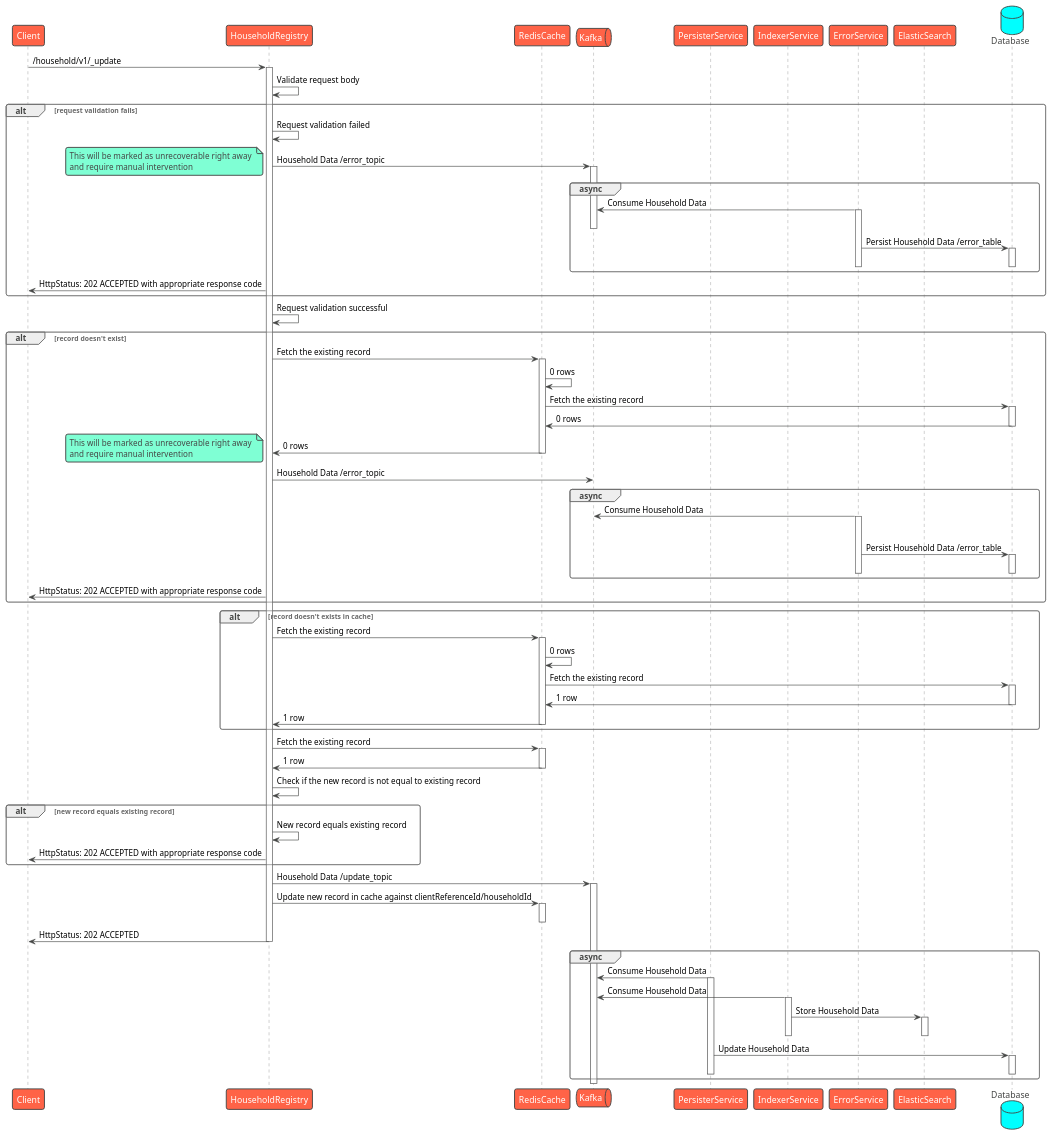
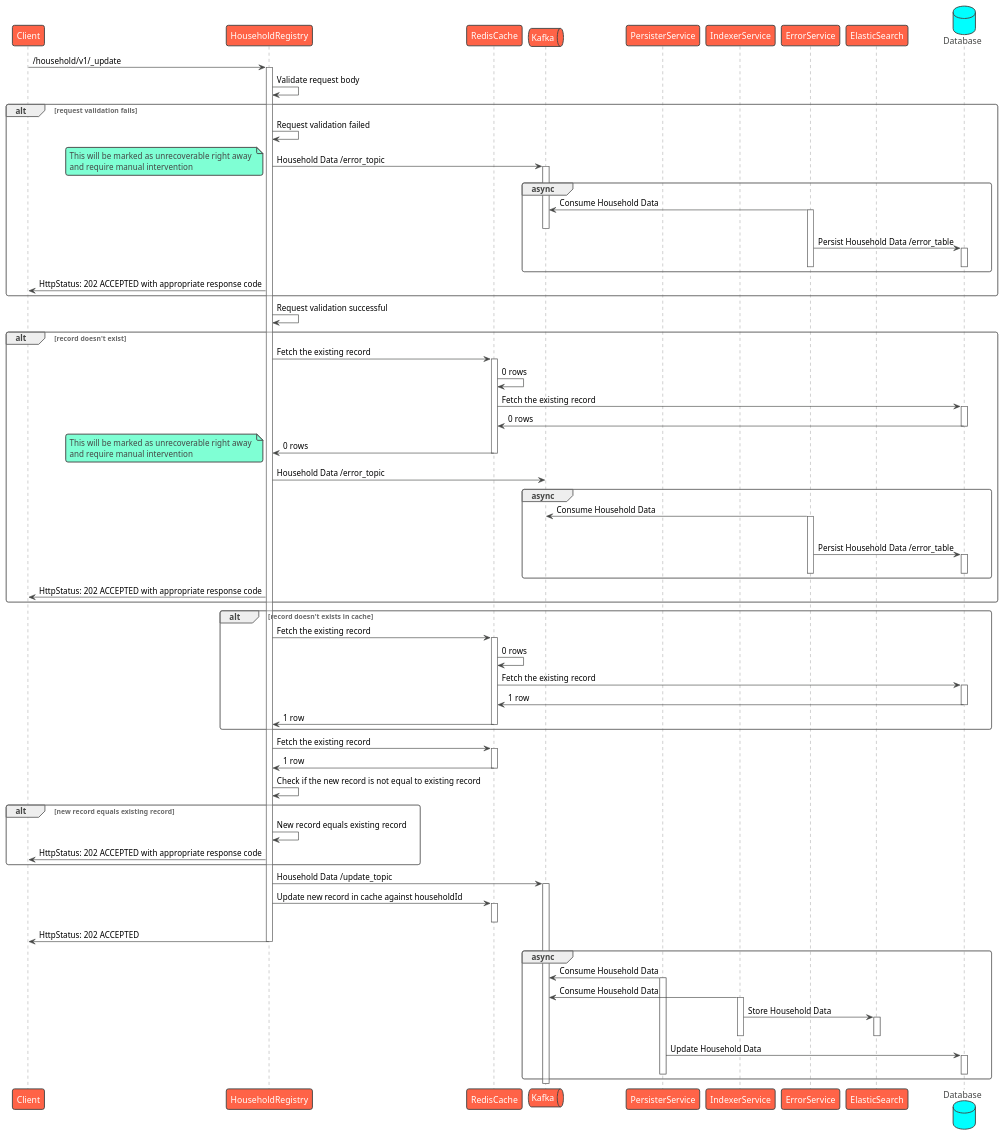
One commit to egovernments/health-api-specs changed the diagram in contracts/registries/household/sequence/update.puml. Above: the diagram before and after it, drawn with PlantUML. The commit also changed 5 other files, not shown here.

First line of the commit message:
Sequence: Removed clientReferenceId

```diff
--- a/contracts/registries/household/sequence/update.puml
+++ b/contracts/registries/household/sequence/update.puml
@@ -1,103 +1,103 @@
 @startuml Household Registry - Update
 !theme vibrant
 participant Client as c
 participant HouseholdRegistry as hr
 participant RedisCache as rc
 queue Kafka as k
 participant PersisterService as prs
 participant IndexerService as idx
 participant ErrorService as es
 participant ElasticSearch as el
 database Database as db
 c -> hr : /household/v1/_update
 activate hr
 hr -> hr: Validate request body
 alt request validation fails
     hr -> hr: Request validation failed
     hr -> k: Household Data /error_topic
     note left
         This will be marked as unrecoverable right away 
         and require manual intervention
     end note
     activate k
     group async
         es -> k: Consume Household Data
         activate es
         deactivate k
         es -> db: Persist Household Data /error_table
         activate db
         deactivate db
         deactivate es
     end
     hr -> c: HttpStatus: 202 ACCEPTED with appropriate response code
 end
 hr -> hr: Request validation successful
 alt record doesn't exist
     hr -> rc: Fetch the existing record
     activate rc
     rc -> rc: 0 rows
     rc -> db: Fetch the existing record
     activate db
     db -> rc: 0 rows
     deactivate db
     rc -> hr: 0 rows
     deactivate rc
     note left
         This will be marked as unrecoverable right away 
         and require manual intervention
     end note
     hr -> k: Household Data /error_topic
     group async
         es -> k: Consume Household Data
         activate es
         deactivate k
         es -> db: Persist Household Data /error_table
         activate db
         deactivate db
         deactivate es
     end
     hr -> c: HttpStatus: 202 ACCEPTED with appropriate response code
 end
 alt record doesn't exists in cache
     hr -> rc: Fetch the existing record
     activate rc
     rc -> rc: 0 rows
     rc -> db: Fetch the existing record
     activate db
     db -> rc: 1 row
     deactivate db
     rc -> hr: 1 row
     deactivate rc
 end
 hr -> rc: Fetch the existing record
 activate rc
 rc -> hr: 1 row
 deactivate rc
 hr -> hr: Check if the new record is not equal to existing record
 alt new record equals existing record
     hr -> hr: New record equals existing record
     hr -> c: HttpStatus: 202 ACCEPTED with appropriate response code
 end
 hr -> k: Household Data /update_topic
 activate k
-hr -> rc: Update new record in cache against clientReferenceId/householdId
+hr -> rc: Update new record in cache against householdId
 activate rc
 deactivate rc
 hr -> c: HttpStatus: 202 ACCEPTED
 deactivate hr
 group async
     prs -> k: Consume Household Data
     activate prs
     idx -> k: Consume Household Data
     activate idx
     idx -> el: Store Household Data
     activate el
     deactivate el
     deactivate idx
     prs -> db: Update Household Data
     activate db
     deactivate db
     deactivate prs
 end
 deactivate k
 @enduml
```
